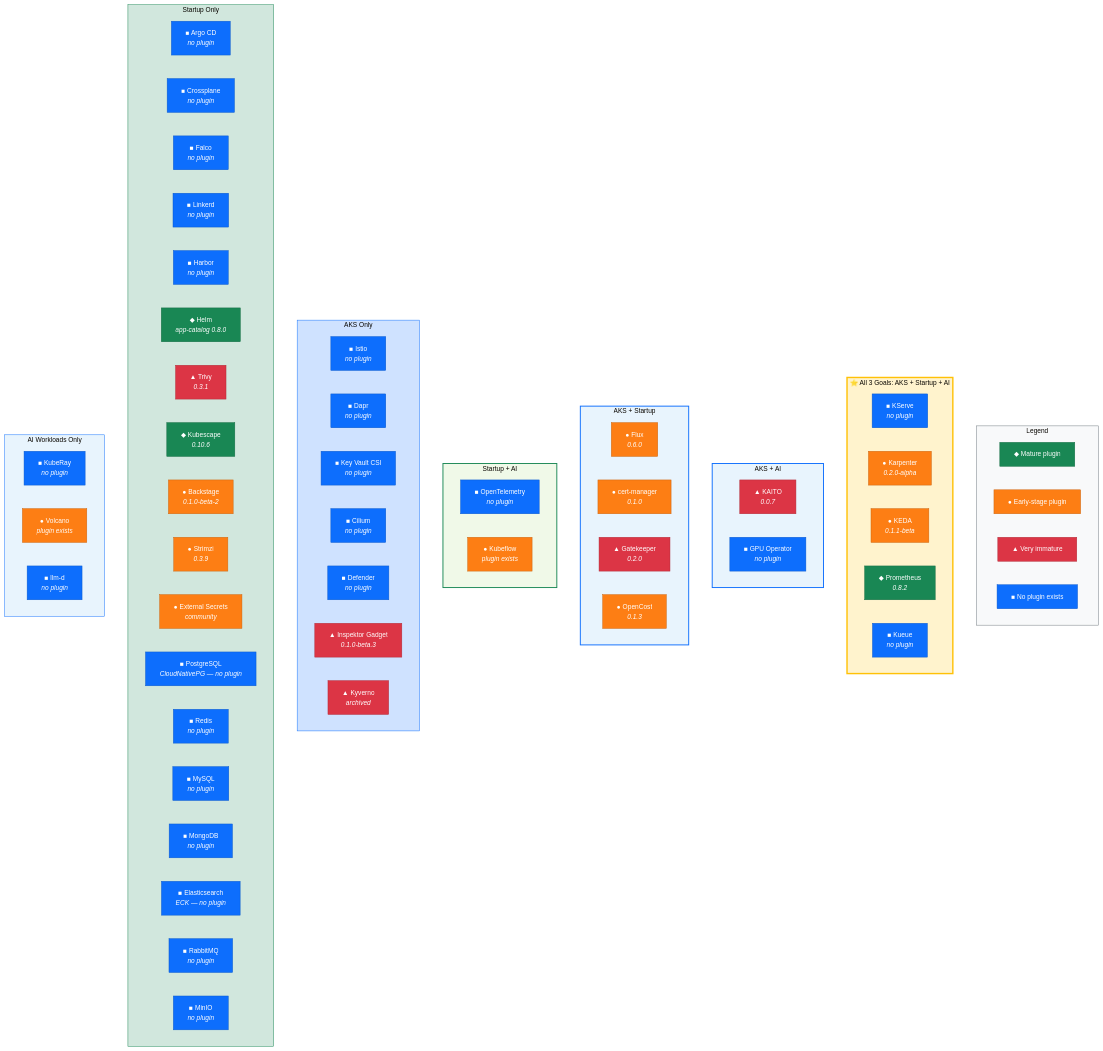
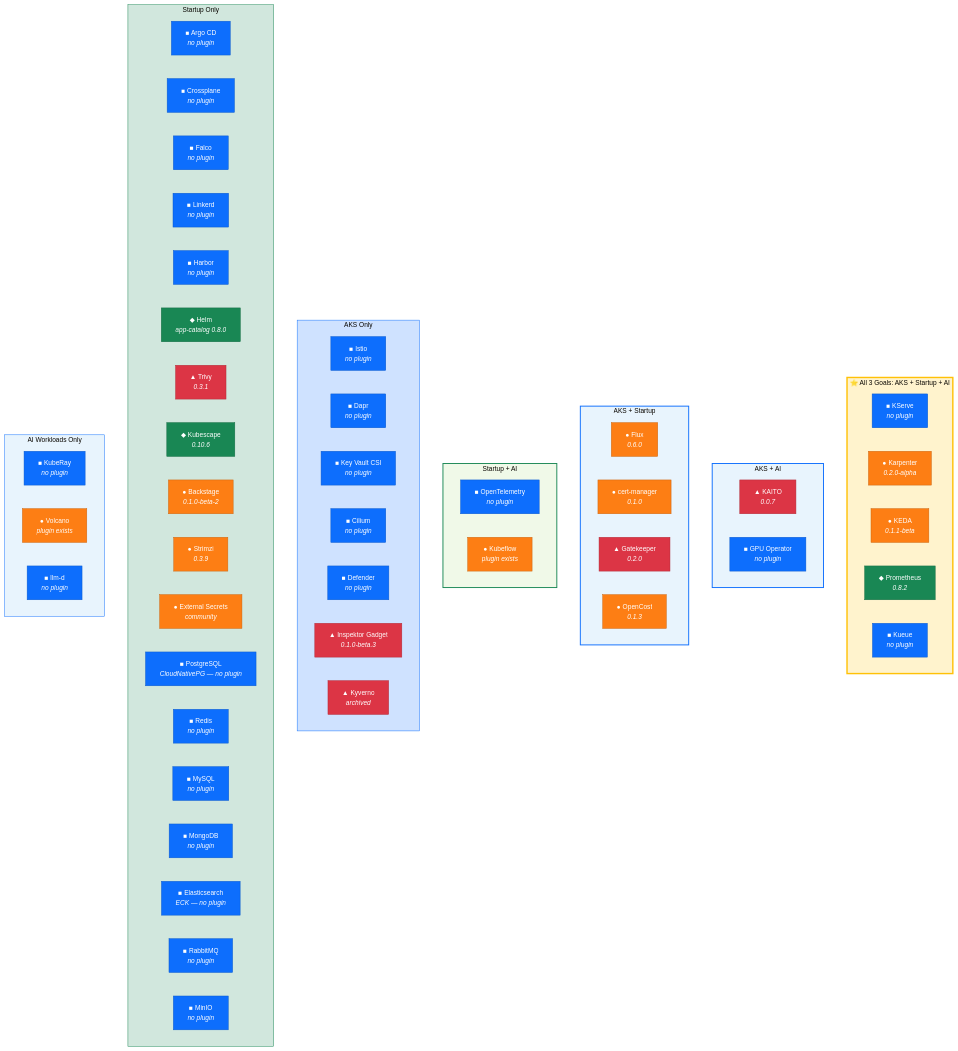
The first of 3 diagrams in docs/development/aks-features-report.md (illume/headlamp), drawn with Mermaid before and after one commit. The commit also changed other lines of this file, not shown here.

First line of the commit message:
docs: Remove legend from Venn diagram, add two focused sub-diagrams

````diff
--- a/docs/development/aks-features-report.md
+++ b/docs/development/aks-features-report.md
@@ -345,14 +345,6 @@
 ```mermaid
 %%{init: {'theme': 'base', 'themeVariables': {'fontSize': '14px'}}}%%
 graph TB
-    subgraph legend [" Legend "]
-        direction LR
-        G["◆ Mature plugin"]
-        O["● Early-stage plugin"]
-        RED["▲ Very immature"]
-        B["■ No plugin exists"]
-    end
-
     subgraph all3 ["⭐ All 3 Goals: AKS + Startup + AI"]
         P_kserve["■ KServe<br/><i>no plugin</i>"]
         P_karpenter["● Karpenter<br/><i>0.2.0-alpha</i>"]
@@ -422,12 +414,6 @@
     style aks_only fill:#cfe2ff,stroke:#0d6efd,stroke-width:1px
     style startup_only fill:#d1e7dd,stroke:#198754,stroke-width:1px
     style ai_only fill:#e8f4fd,stroke:#0d6efd,stroke-width:1px
-    style legend fill:#f8f9fa,stroke:#6c757d,stroke-width:1px
-
-    style G fill:#198754,color:#fff,stroke:#146c43
-    style O fill:#fd7e14,color:#fff,stroke:#ca6510
-    style RED fill:#dc3545,color:#fff,stroke:#b02a37
-    style B fill:#0d6efd,color:#fff,stroke:#0a58ca
 
     style P_prometheus fill:#198754,color:#fff,stroke:#146c43
     style P_helm fill:#198754,color:#fff,stroke:#146c43
````
